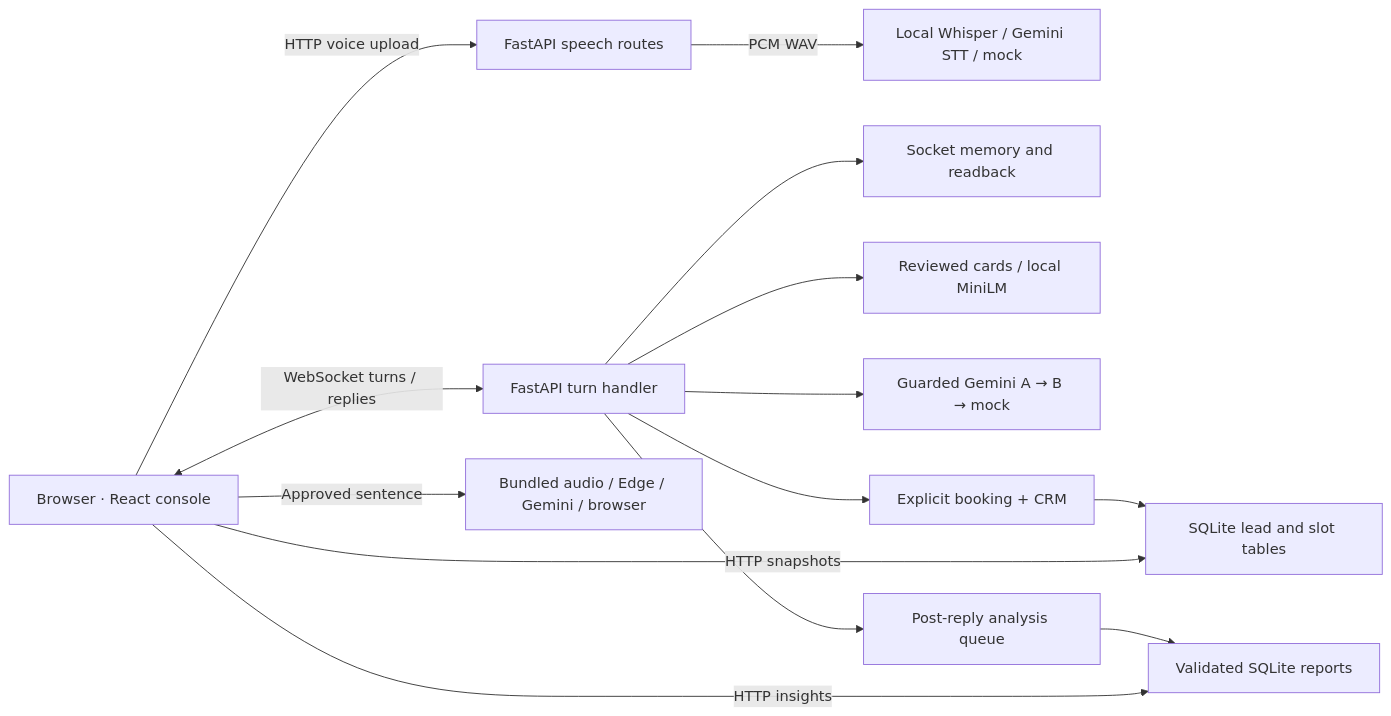
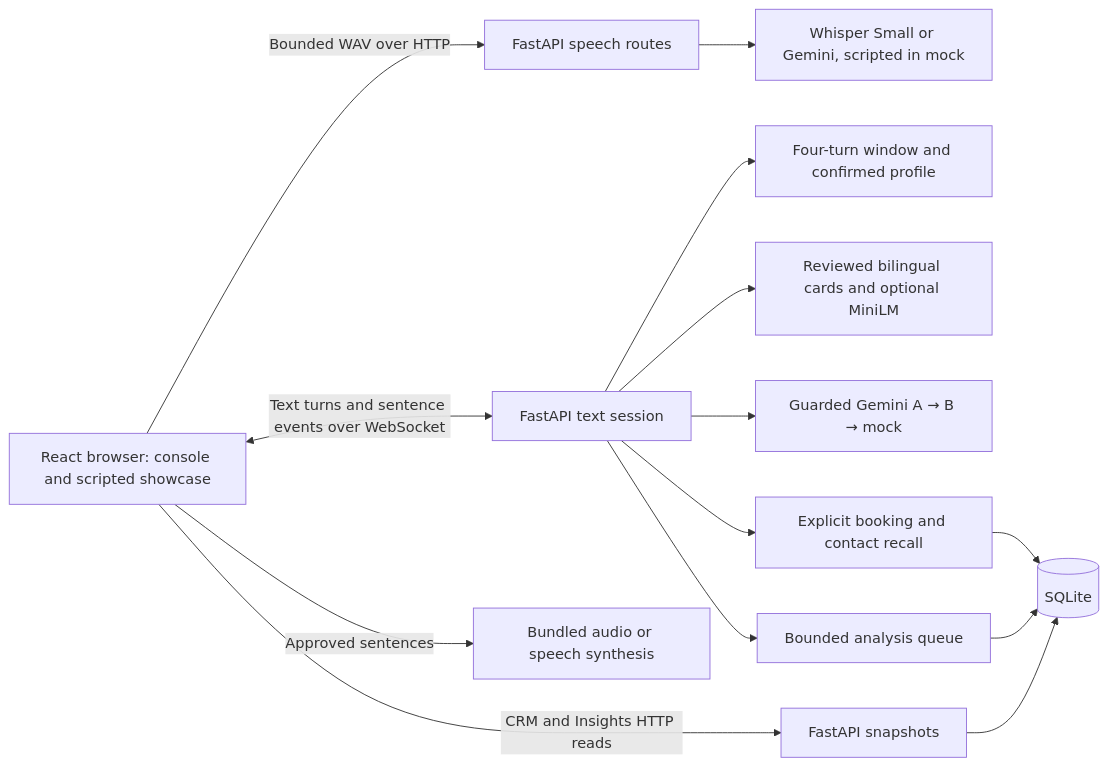
Before and after one commit to UJJWAL16895/FortivexAI: the diagram in docs/diagrams/system.mmd, drawn with Mermaid. The commit also changed 21 other files, not shown here.

```diff
--- a/docs/diagrams/system.mmd
+++ b/docs/diagrams/system.mmd
@@ -1,14 +1,14 @@
 flowchart LR
-    Browser["Browser · React console"] -->|"HTTP voice upload"| Speech["FastAPI speech routes"]
-    Speech -->|"PCM WAV"| STT["Local Whisper / Gemini STT / mock"]
-    Browser <-->|"WebSocket turns / replies"| API["FastAPI turn handler"]
-    API --> Memory["Socket memory and readback"]
-    API --> Knowledge["Reviewed cards / local MiniLM"]
-    API --> Gemini["Guarded Gemini A → B → mock"]
-    API --> CRM["Explicit booking + CRM"]
-    API --> Queue["Post-reply analysis queue"]
-    Queue --> Reports["Validated SQLite reports"]
-    CRM --> DB["SQLite lead and slot tables"]
-    Browser -->|"Approved sentence"| TTS["Bundled audio / Edge / Gemini / browser"]
-    Browser -->|"HTTP snapshots"| DB
-    Browser -->|"HTTP insights"| Reports
+    B["React browser: console and scripted showcase"] <-->|"Text turns and sentence events over WebSocket"| S["FastAPI text session"]
+    B -->|"Bounded WAV over HTTP"| V["FastAPI speech routes"]
+    V --> STT["Whisper Small or Gemini, scripted in mock"]
+    S --> M["Four-turn window and confirmed profile"]
+    S --> K["Reviewed bilingual cards and optional MiniLM"]
+    S --> L["Guarded Gemini A → B → mock"]
+    S --> C["Explicit booking and contact recall"]
+    S --> Q["Bounded analysis queue"]
+    C --> DB[("SQLite")]
+    Q --> DB
+    B -->|"CRM and Insights HTTP reads"| API["FastAPI snapshots"]
+    API --> DB
+    B -->|"Approved sentences"| T["Bundled audio or speech synthesis"]
```
